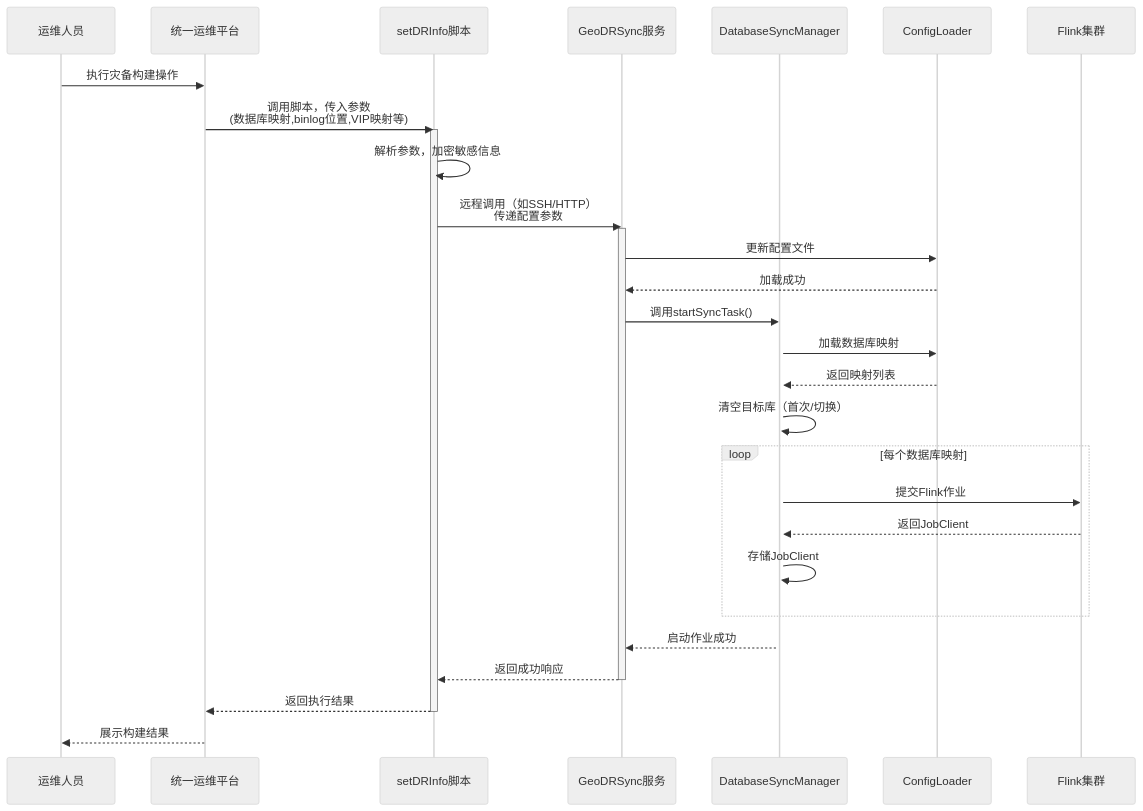
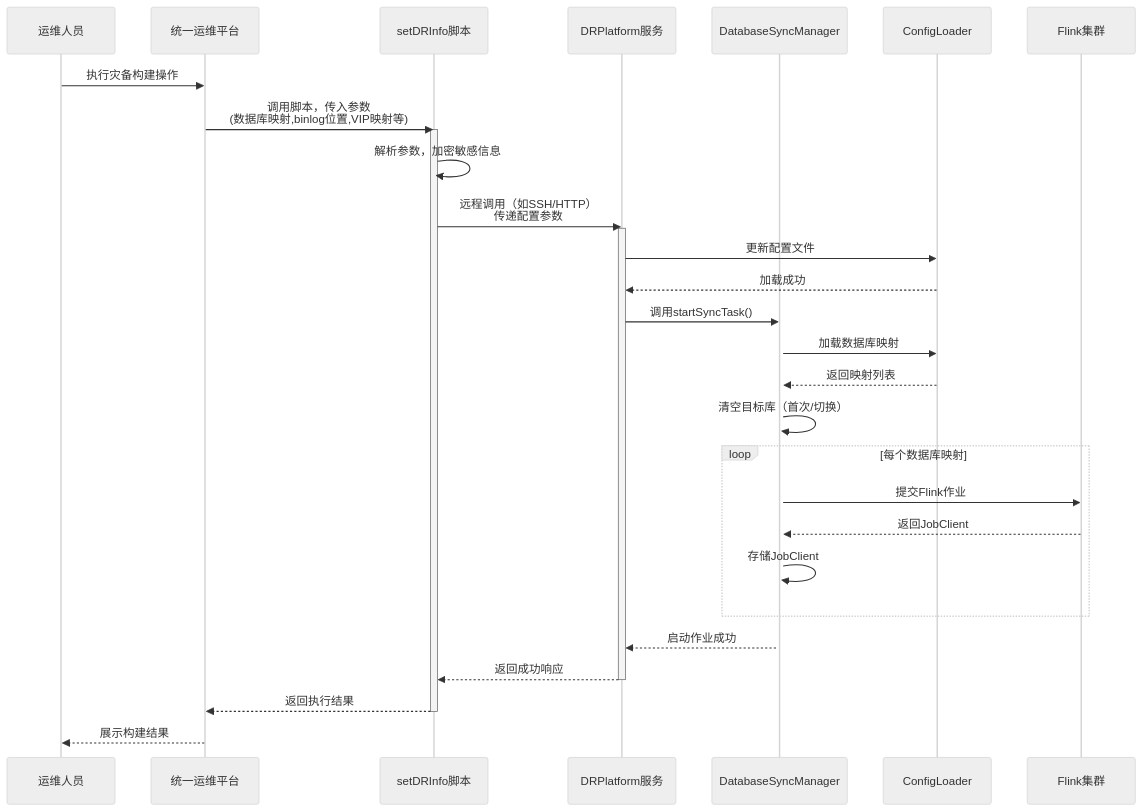
Before and after one commit to Mr-ethan-first/Product: the fourth of 13 diagrams in Java项目详细设计说明书（最终版）.md, drawn with Mermaid (neutral theme). The commit also changed other lines of this file and 223 other files, not shown here.

````diff
--- a/Java项目详细设计说明书（最终版）.md
+++ b/Java项目详细设计说明书（最终版）.md
@@ -335,35 +335,35 @@
 ```mermaid
 sequenceDiagram
     participant Operator as 运维人员
     participant OpsPlatform as 统一运维平台
     participant SetDRScript as setDRInfo脚本
-    participant Manager as GeoDRSync服务
+    participant Manager as DRPlatform服务
     participant SyncManager as DatabaseSyncManager
     participant ConfigLoader as ConfigLoader
     participant Flink as Flink集群
 
     Operator->>OpsPlatform: 执行灾备构建操作
     OpsPlatform->>SetDRScript: 调用脚本，传入参数<br/>(数据库映射,binlog位置,VIP映射等)
     activate SetDRScript
     SetDRScript->>SetDRScript: 解析参数，加密敏感信息
     SetDRScript->>Manager: 远程调用（如SSH/HTTP）<br/>传递配置参数
     activate Manager
     Manager->>ConfigLoader: 更新配置文件
     ConfigLoader-->>Manager: 加载成功
     Manager->>SyncManager: 调用startSyncTask()
     activate SyncManager
     SyncManager->>ConfigLoader: 加载数据库映射
     ConfigLoader-->>SyncManager: 返回映射列表
     SyncManager->>SyncManager: 清空目标库（首次/切换）
     loop 每个数据库映射
         SyncManager->>Flink: 提交Flink作业
         Flink-->>SyncManager: 返回JobClient
         SyncManager->>SyncManager: 存储JobClient
     end
     SyncManager-->>Manager: 启动作业成功
     Manager-->>SetDRScript: 返回成功响应
     deactivate Manager
     SetDRScript-->>OpsPlatform: 返回执行结果
     deactivate SetDRScript
     OpsPlatform-->>Operator: 展示构建结果
 ```
````
